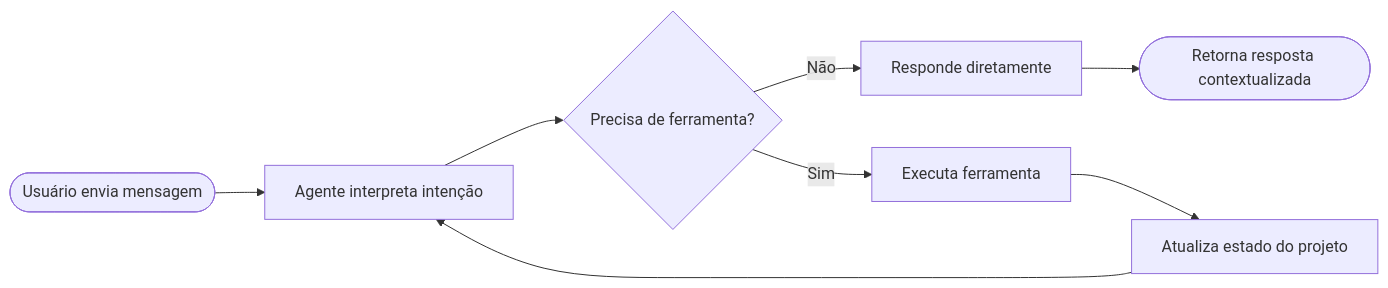
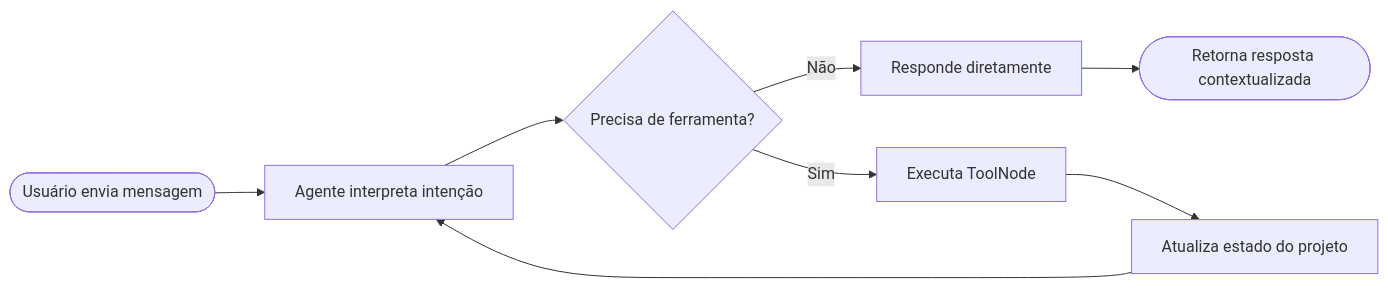
One commit to Pedrosasouza/AcademicFlow-Agent changed the diagram in README.md. Above: the diagram before and after it, drawn with Mermaid. The commit also changed other lines of this file and 10 other files, not shown here.

````diff
--- a/README.md
+++ b/README.md
@@ -34,10 +36,10 @@
 ```mermaid
 flowchart LR
     A([Usuário envia mensagem]) --> B[Agente interpreta intenção]
     B --> C{Precisa de ferramenta?}
     C -->|Não| D[Responde diretamente]
-    C -->|Sim| E[Executa ferramenta]
+    C -->|Sim| E[Executa ToolNode]
     E --> F[Atualiza estado do projeto]
     F --> B
     D --> G([Retorna resposta contextualizada])
 ```
````
